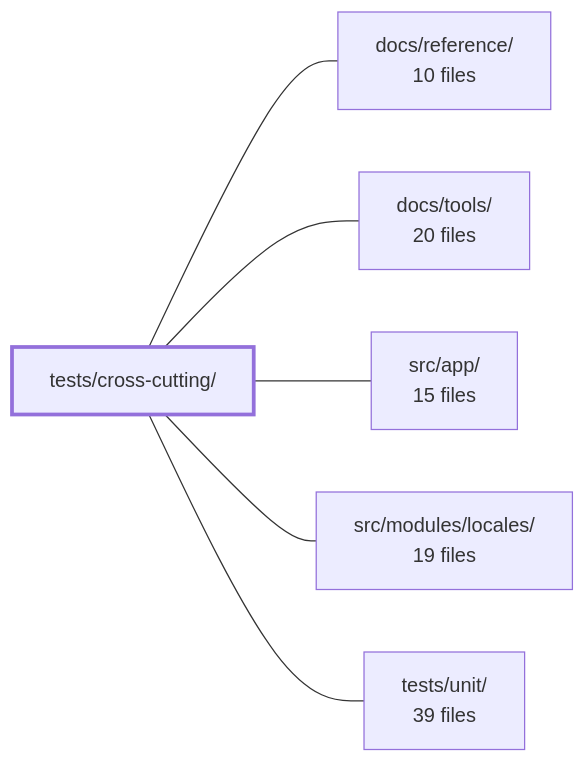
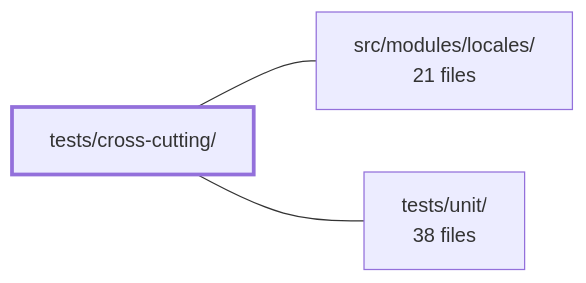
One commit to Guebbit/boilerplate-vue-frontend changed the diagram in .2repo/modules/boilerplate-vue-frontend_tests_cross-cutting.md. Above: the diagram before and after it, drawn with Mermaid. The commit also changed other lines of this file and 335 other files, not shown here.

````diff
--- a/.2repo/modules/boilerplate-vue-frontend_tests_cross-cutting.md
+++ b/.2repo/modules/boilerplate-vue-frontend_tests_cross-cutting.md
@@ -38,15 +36,9 @@
 ```mermaid
 flowchart LR
     m_tests_cross_cutting["tests/cross-cutting/"]
-    m_docs_reference["docs/reference/<br/>10 files"]
-    m_docs_tools["docs/tools/<br/>20 files"]
-    m_src_app["src/app/<br/>15 files"]
-    m_src_modules_locales["src/modules/locales/<br/>19 files"]
-    m_tests_unit["tests/unit/<br/>39 files"]
-    m_tests_cross_cutting --- m_docs_reference
-    m_tests_cross_cutting --- m_docs_tools
-    m_tests_cross_cutting --- m_src_app
+    m_src_modules_locales["src/modules/locales/<br/>21 files"]
+    m_tests_unit["tests/unit/<br/>38 files"]
     m_tests_cross_cutting --- m_src_modules_locales
     m_tests_cross_cutting --- m_tests_unit
     style m_tests_cross_cutting stroke-width:3px
 ```
````
